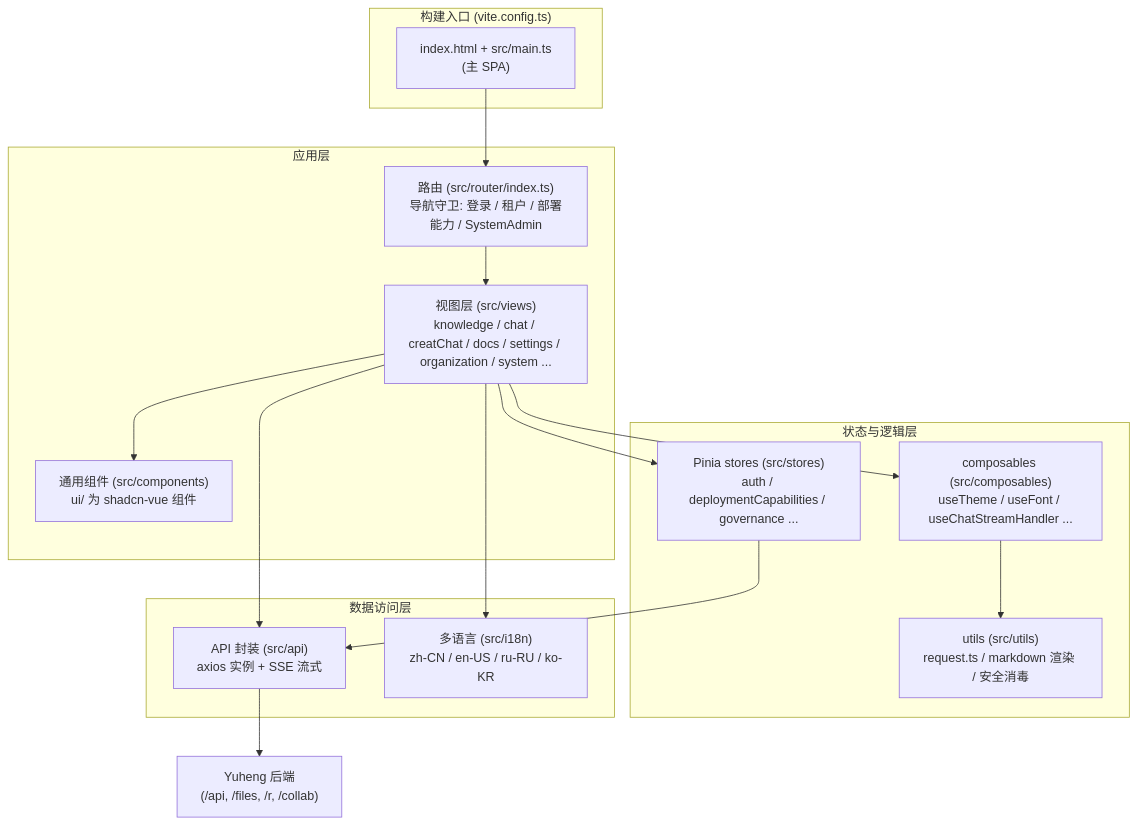
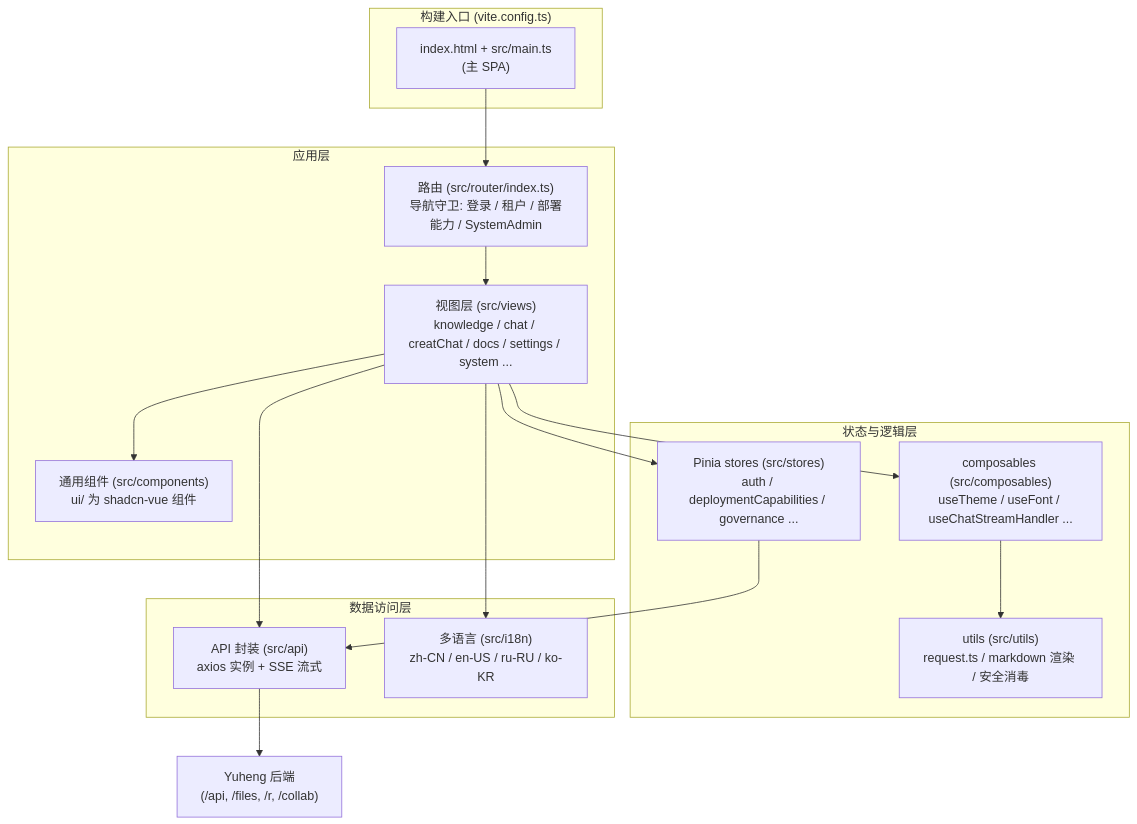
One commit to magicyuan876/Yuheng changed the diagram in website-docs/05-clients/01-frontend.md. Above: the diagram before and after it, drawn with Mermaid. The commit also changed other lines of this file and 39 other files, not shown here.

````diff
--- a/website-docs/05-clients/01-frontend.md
+++ b/website-docs/05-clients/01-frontend.md
@@ -56,35 +56,35 @@
 ```mermaid
 flowchart TB
     subgraph entries["构建入口 (vite.config.ts)"]
         MAIN["index.html + src/main.ts<br/>(主 SPA)"]
     end
 
     subgraph app["应用层"]
         ROUTER["路由 (src/router/index.ts)<br/>导航守卫: 登录 / 租户 / 部署能力 / SystemAdmin"]
-        VIEWS["视图层 (src/views)<br/>knowledge / chat / creatChat / docs / settings / organization / system ..."]
+        VIEWS["视图层 (src/views)<br/>knowledge / chat / creatChat / docs / settings / system ..."]
         COMP["通用组件 (src/components)<br/>ui/ 为 shadcn-vue 组件"]
     end
 
     subgraph state["状态与逻辑层"]
         STORES["Pinia stores (src/stores)<br/>auth / deploymentCapabilities / governance ..."]
         COMPOSABLES["composables (src/composables)<br/>useTheme / useFont / useChatStreamHandler ..."]
         UTILS["utils (src/utils)<br/>request.ts / markdown 渲染 / 安全消毒"]
     end
 
     subgraph io["数据访问层"]
         API["API 封装 (src/api)<br/>axios 实例 + SSE 流式"]
         I18N["多语言 (src/i18n)<br/>zh-CN / en-US / ru-RU / ko-KR"]
     end
 
     BACKEND["Yuheng 后端<br/>(/api, /files, /r, /collab)"]
 
     MAIN --> ROUTER --> VIEWS
     VIEWS --> COMP
     VIEWS --> STORES
     VIEWS --> COMPOSABLES
     COMPOSABLES --> UTILS
     STORES --> API
     VIEWS --> API
     API --> BACKEND
     VIEWS --> I18N
 ```
````
